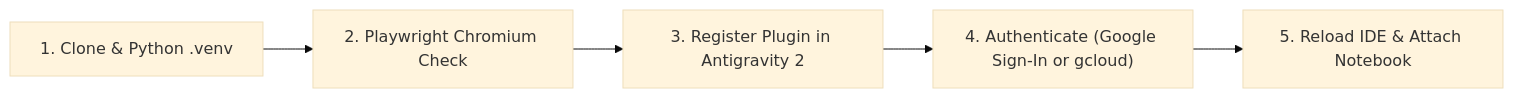
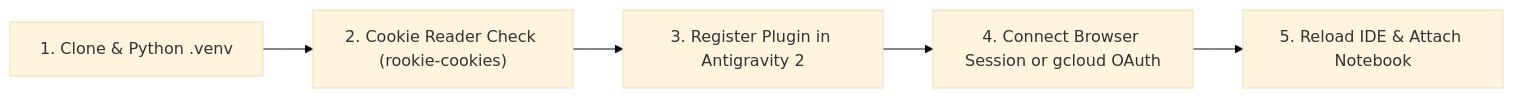
One commit to Chryzalide/agy-gemini-notebook-plugin changed the third of 3 diagrams in README.md. Above: the diagram before and after it, drawn with Mermaid (base theme). The commit also changed other lines of this file and 14 other files, not shown here.

Commit message:
Release v1.0.4: Replace Playwright sign-in with local browser session import and add ToS grey-area compliance alerts

````diff
--- a/README.md
+++ b/README.md
@@ -110,7 +133,7 @@
 ```mermaid
 flowchart LR
-    S1["1. Clone & Python .venv"] --> S2["2. Playwright Chromium Check"]
+    S1["1. Clone & Python .venv"] --> S2["2. Cookie Reader Check (rookie-cookies)"]
     S2 --> S3["3. Register Plugin in Antigravity 2"]
-    S3 --> S4["4. Authenticate (Google Sign-In or gcloud)"]
+    S3 --> S4["4. Connect Browser Session or gcloud OAuth"]
     S4 --> S5["5. Reload IDE & Attach Notebook"]
 ```
````
